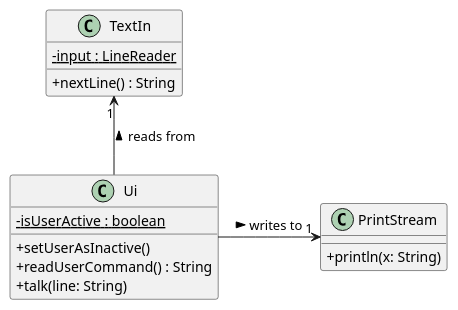
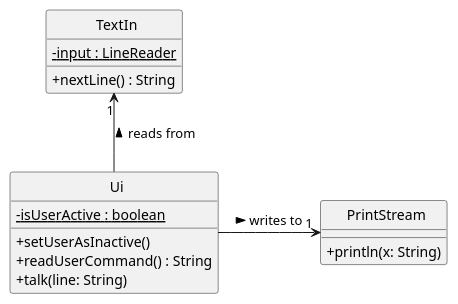
One commit to AY2324S2-CS2113T-T09-2/tp changed the diagram in docs/diagrams/UiClassDiagram.puml. Above: the diagram before and after it, drawn with PlantUML. The commit also changed 21 other files, not shown here.

Commit message:
Enforce UML formatting to be consistent with course requirements

```diff
--- a/docs/diagrams/UiClassDiagram.puml
+++ b/docs/diagrams/UiClassDiagram.puml
@@ -1,25 +1,28 @@
 @startuml
+
 skinparam classAttributeIconSize 0
+skinparam CircledCharacterFontSize 0
+skinparam CircledCharacterRadius 0
 
 class Ui {
         - isUserActive : boolean {static}
 
         + setUserAsInactive()
         + readUserCommand() : String
         + talk(line: String)
 }
 
 class TextIn {
         - input : LineReader {static}
 
         + nextLine() : String
 }
 
 class PrintStream {
         + println(x: String)
 }
 
 Ui -up-> "1" TextIn : reads from >
 Ui -right-> "1" PrintStream : writes to >
 
 @enduml
```
